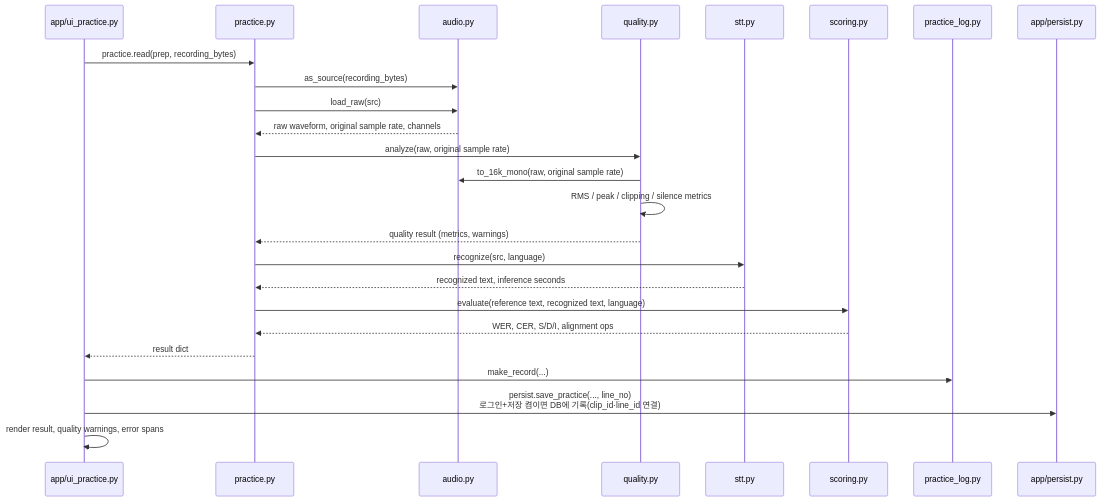
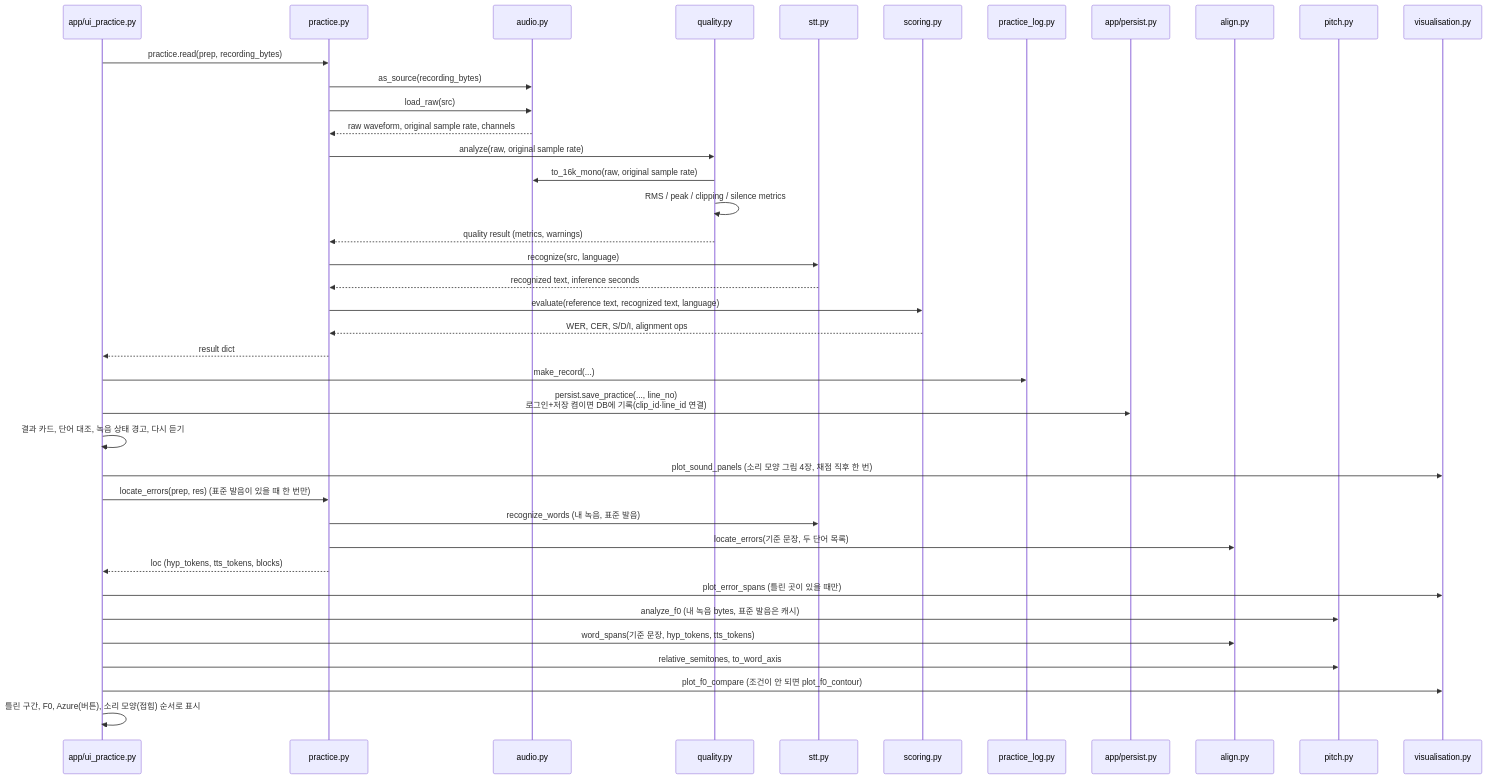
Before and after one commit to greenkey20/song-lingo: the fifth of 13 diagrams in docs/module_structures_and_data_flow.md, drawn with Mermaid. The commit also changed other lines of this file and 2 other files, not shown here.

````diff
--- a/docs/module_structures_and_data_flow.md
+++ b/docs/module_structures_and_data_flow.md
@@ -223,28 +227,42 @@
 ```mermaid
 sequenceDiagram
     participant UI as app/ui_practice.py
     participant P as practice.py
     participant A as audio.py
     participant Q as quality.py
     participant S as stt.py
     participant C as scoring.py
     participant L as practice_log.py
     participant PS as app/persist.py
+    participant AL as align.py
+    participant PT as pitch.py
+    participant V as visualisation.py
 
     UI->>P: practice.read(prep, recording_bytes)
     P->>A: as_source(recording_bytes)
     P->>A: load_raw(src)
     A-->>P: raw waveform, original sample rate, channels
     P->>Q: analyze(raw, original sample rate)
     Q->>A: to_16k_mono(raw, original sample rate)
     Q->>Q: RMS / peak / clipping / silence metrics
     Q-->>P: quality result (metrics, warnings)
     P->>S: recognize(src, language)
     S-->>P: recognized text, inference seconds
     P->>C: evaluate(reference text, recognized text, language)
     C-->>P: WER, CER, S/D/I, alignment ops
     P-->>UI: result dict
     UI->>L: make_record(...)
     UI->>PS: persist.save_practice(..., line_no)<br/>로그인+저장 켬이면 DB에 기록(clip_id·line_id 연결)
-    UI->>UI: render result, quality warnings, error spans
+    UI->>UI: 결과 카드, 단어 대조, 녹음 상태 경고, 다시 듣기
+    UI->>V: plot_sound_panels (소리 모양 그림 4장, 채점 직후 한 번)
+    UI->>P: locate_errors(prep, res) (표준 발음이 있을 때 한 번만)
+    P->>S: recognize_words (내 녹음, 표준 발음)
+    P->>AL: locate_errors(기준 문장, 두 단어 목록)
+    P-->>UI: loc (hyp_tokens, tts_tokens, blocks)
+    UI->>V: plot_error_spans (틀린 곳이 있을 때만)
+    UI->>PT: analyze_f0 (내 녹음 bytes, 표준 발음은 캐시)
+    UI->>AL: word_spans(기준 문장, hyp_tokens, tts_tokens)
+    UI->>PT: relative_semitones, to_word_axis
+    UI->>V: plot_f0_compare (조건이 안 되면 plot_f0_contour)
+    UI->>UI: 틀린 구간, F0, Azure(버튼), 소리 모양(접힘) 순서로 표시
 ```
````
